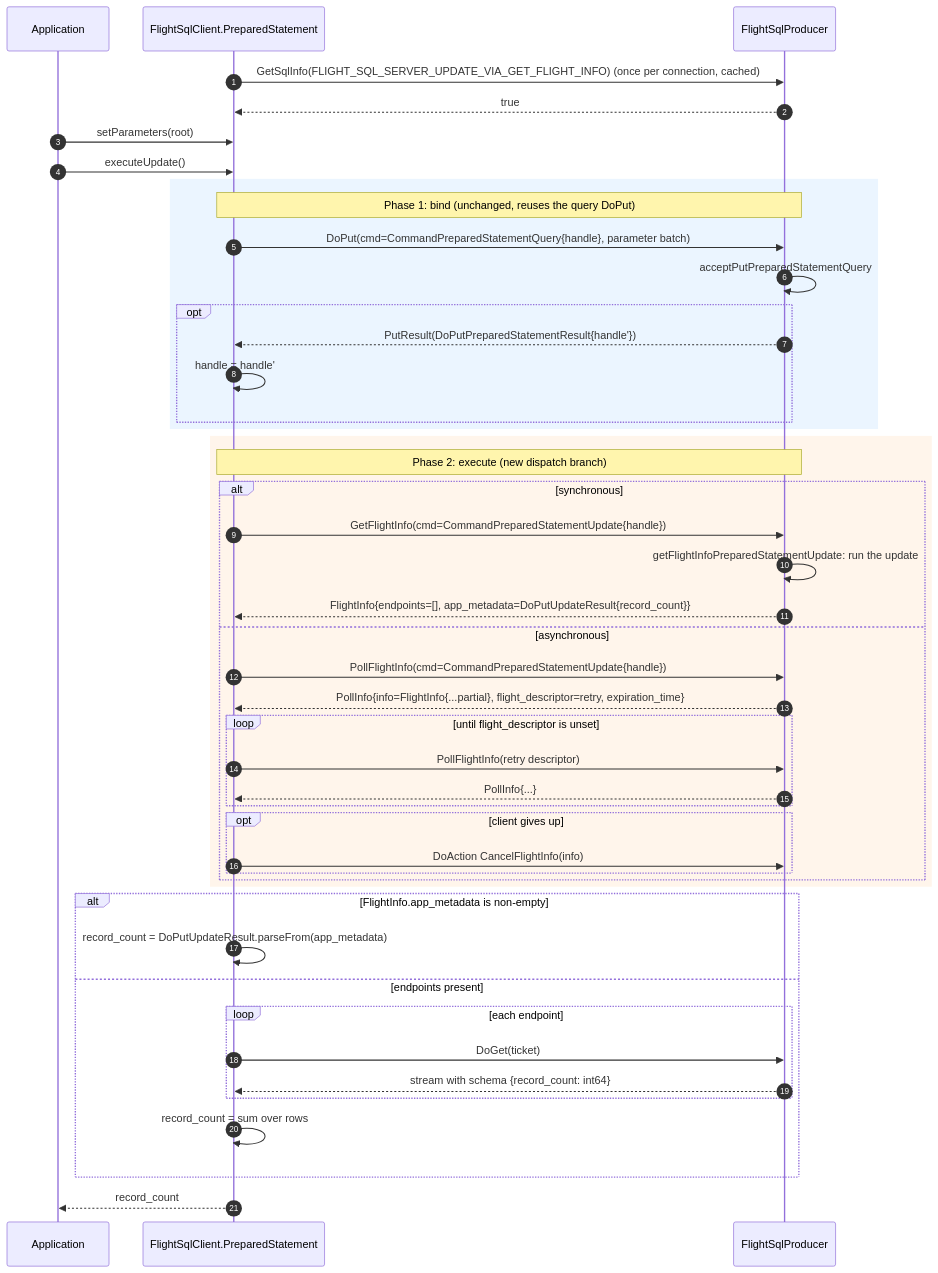
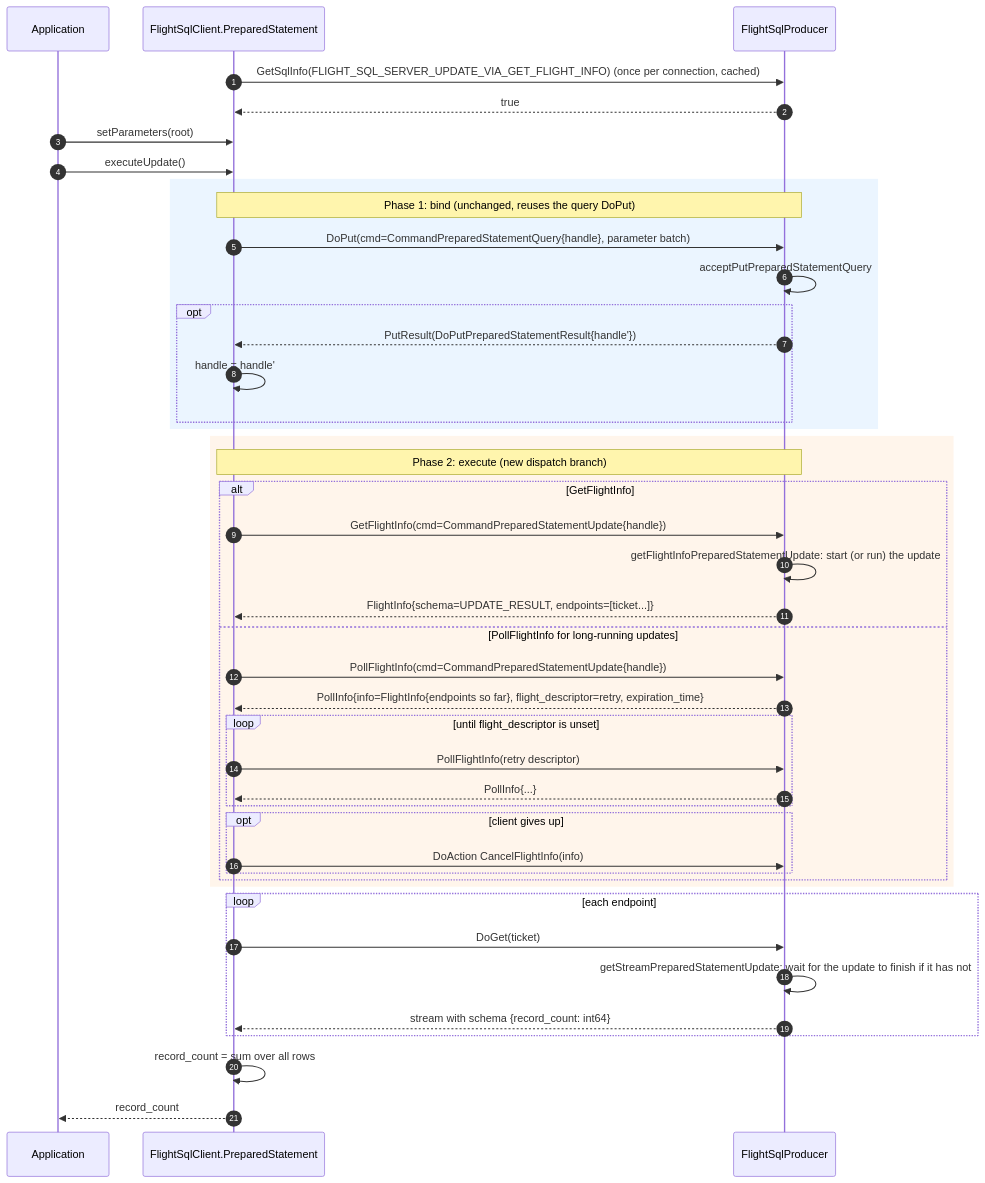
One commit to xborder/arrow-java changed the second of 5 diagrams in flight/flight-sql/docs/detached-prepared-update-execution.md. Above: the diagram before and after it, drawn with Mermaid. The commit also changed other lines of this file, not shown here.

First line of the commit message:
MINOR: [FlightSQL] Compare row count channels for GetFlightInfo based updates

````diff
--- a/flight/flight-sql/docs/detached-prepared-update-execution.md
+++ b/flight/flight-sql/docs/detached-prepared-update-execution.md
@@ -154,53 +154,50 @@
 ```mermaid
 sequenceDiagram
     autonumber
     participant App as Application
     participant C as FlightSqlClient.PreparedStatement
     participant S as FlightSqlProducer
 
     C->>S: GetSqlInfo(FLIGHT_SQL_SERVER_UPDATE_VIA_GET_FLIGHT_INFO)  (once per connection, cached)
     S-->>C: true
 
     App->>C: setParameters(root)
     App->>C: executeUpdate()
 
     rect rgb(235, 245, 255)
         Note over C,S: Phase 1: bind (unchanged, reuses the query DoPut)
         C->>S: DoPut(cmd=CommandPreparedStatementQuery{handle}, parameter batch)
         S->>S: acceptPutPreparedStatementQuery
         opt
             S-->>C: PutResult(DoPutPreparedStatementResult{handle'})
             C->>C: handle = handle'
         end
     end
 
     rect rgb(255, 245, 235)
         Note over C,S: Phase 2: execute (new dispatch branch)
-        alt synchronous
+        alt GetFlightInfo
             C->>S: GetFlightInfo(cmd=CommandPreparedStatementUpdate{handle})
-            S->>S: getFlightInfoPreparedStatementUpdate: run the update
-            S-->>C: FlightInfo{endpoints=[], app_metadata=DoPutUpdateResult{record_count}}
-        else asynchronous
+            S->>S: getFlightInfoPreparedStatementUpdate: start (or run) the update
+            S-->>C: FlightInfo{schema=UPDATE_RESULT, endpoints=[ticket...]}
+        else PollFlightInfo for long-running updates
             C->>S: PollFlightInfo(cmd=CommandPreparedStatementUpdate{handle})
-            S-->>C: PollInfo{info=FlightInfo{...partial}, flight_descriptor=retry, expiration_time}
+            S-->>C: PollInfo{info=FlightInfo{endpoints so far}, flight_descriptor=retry, expiration_time}
             loop until flight_descriptor is unset
                 C->>S: PollFlightInfo(retry descriptor)
                 S-->>C: PollInfo{...}
             end
             opt client gives up
                 C->>S: DoAction CancelFlightInfo(info)
             end
         end
     end
 
-    alt FlightInfo.app_metadata is non-empty
-        C->>C: record_count = DoPutUpdateResult.parseFrom(app_metadata)
-    else endpoints present
-        loop each endpoint
-            C->>S: DoGet(ticket)
-            S-->>C: stream with schema {record_count: int64}
-        end
-        C->>C: record_count = sum over rows
+    loop each endpoint
+        C->>S: DoGet(ticket)
+        S->>S: getStreamPreparedStatementUpdate: wait for the update to finish if it has not
+        S-->>C: stream with schema {record_count: int64}
     end
+    C->>C: record_count = sum over all rows
     C-->>App: record_count
 ```
````
